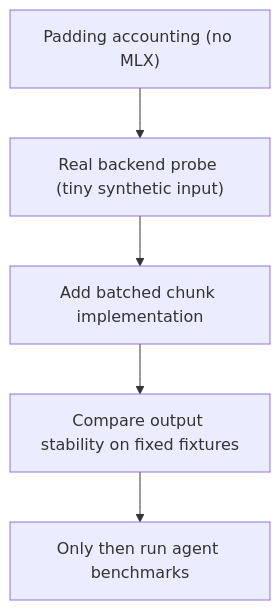
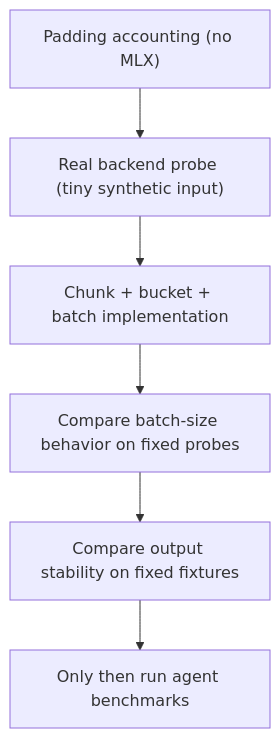
Before and after one commit to e24z/needle: the diagram in docs/reference/MLX-PERF-TESTING.md, drawn with Mermaid. The commit also changed other lines of this file and 5 other files, not shown here.

Commit message:
feat(mlx): batch chunk scoring

````diff
--- a/docs/reference/MLX-PERF-TESTING.md
+++ b/docs/reference/MLX-PERF-TESTING.md
@@ -7,7 +7,8 @@
 ```mermaid
 flowchart TD
     A["Padding accounting (no MLX)"] --> B["Real backend probe (tiny synthetic input)"]
-    B --> C["Add batched chunk implementation"]
-    C --> D["Compare output stability on fixed fixtures"]
-    D --> E["Only then run agent benchmarks"]
+    B --> C["Chunk + bucket + batch implementation"]
+    C --> D["Compare batch-size behavior on fixed probes"]
+    D --> E["Compare output stability on fixed fixtures"]
+    E --> F["Only then run agent benchmarks"]
 ```
````
